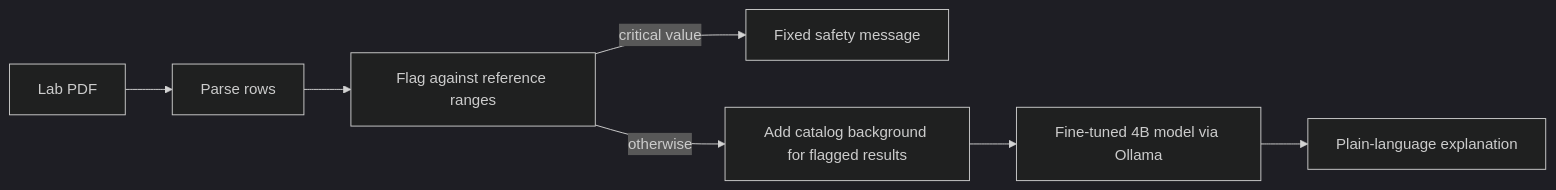
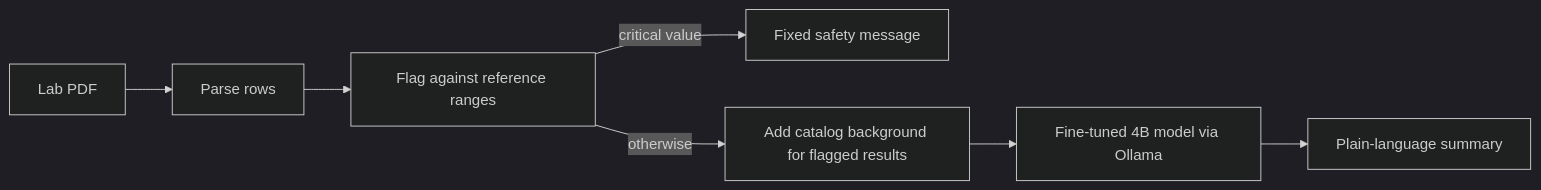
The diagram in README.md (Kadirify/MedLocal), drawn with Mermaid (dark theme) before and after one commit. The commit also changed other lines of this file and 2 other files, not shown here.

````diff
--- a/README.md
+++ b/README.md
@@ -11,9 +11,9 @@
 ```mermaid
 flowchart LR
     P[Lab PDF] --> R[Parse rows]
     R --> F[Flag against reference ranges]
     F -->|critical value| S[Fixed safety message]
     F -->|otherwise| B[Add catalog background for flagged results]
     B --> M[Fine-tuned 4B model via Ollama]
-    M --> E[Plain-language explanation]
+    M --> E[Plain-language summary]
 ```
````
